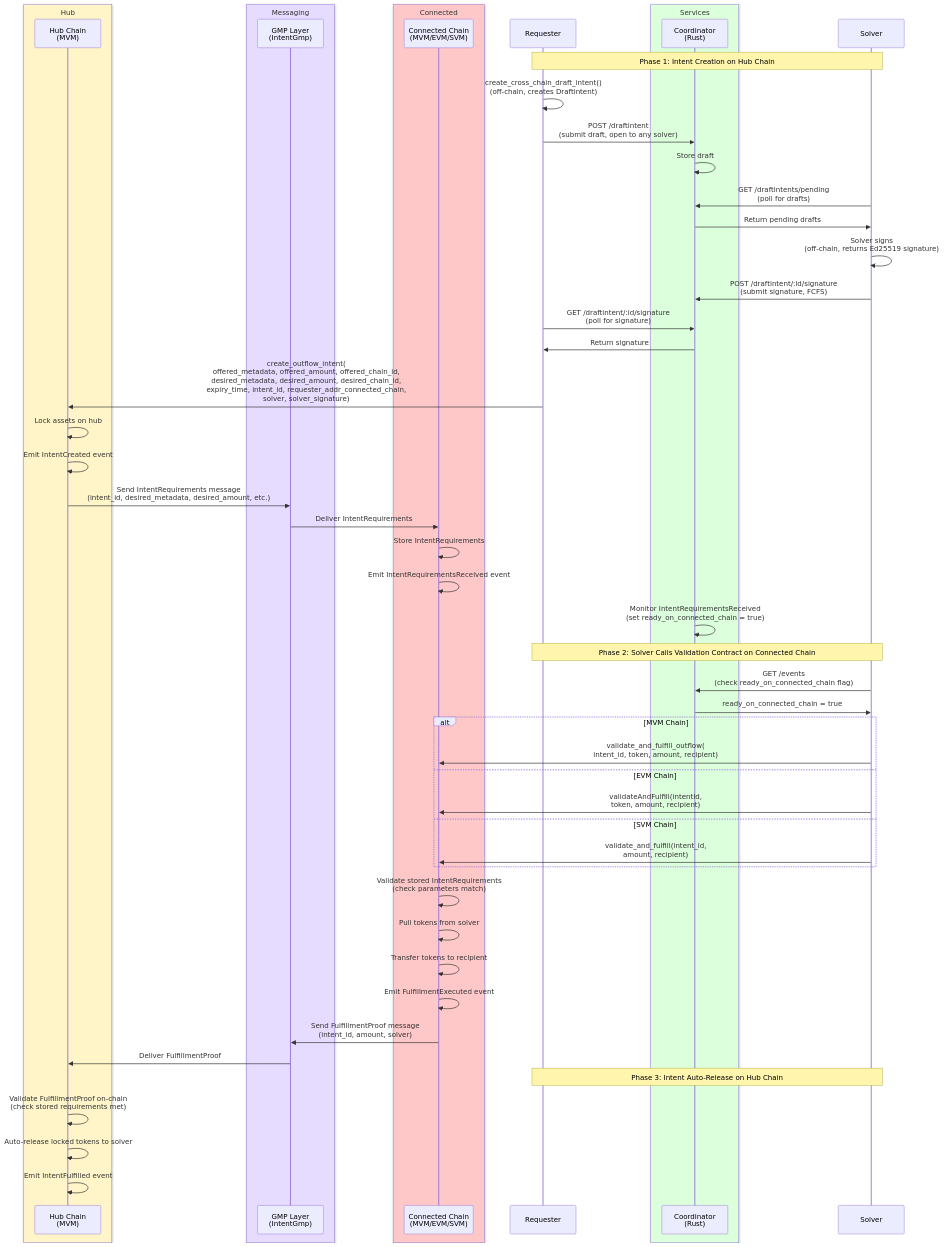
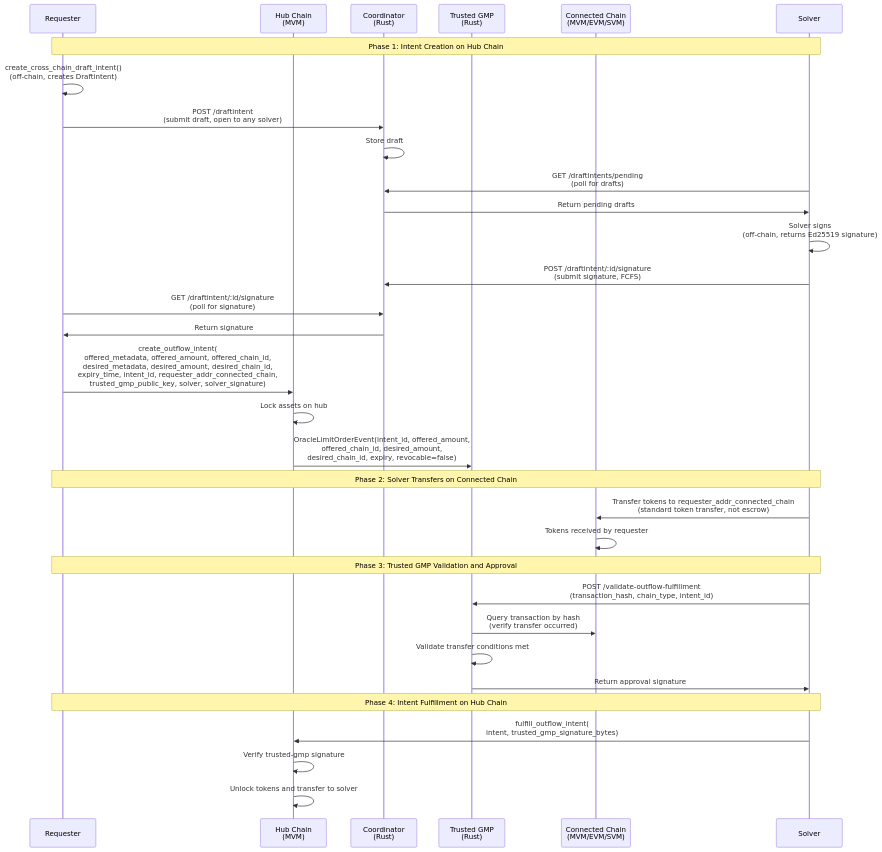
The second of 4 diagrams in docs/protocol.md (MoveIndustries/int3nts), drawn with Mermaid before and after one commit. The commit also changed other lines of this file and 493 other files, not shown here.

First line of the commit message:
Revert "Integrated GMP (Generic Message Passing) instead of verifier architec…"

````diff
--- a/docs/protocol.md
+++ b/docs/protocol.md
@@ -175,58 +111,38 @@
 ```mermaid
 sequenceDiagram
-    box rgb(255, 245, 200) Hub
+    participant Requester
     participant Hub as Hub Chain<br/>(MVM)
-    end
-    box rgb(230, 220, 255) Messaging
-    participant GMP as GMP Layer<br/>(IntentGmp)
-    end
-    box rgb(255, 200, 200) Connected
+    participant Coordinator as Coordinator<br/>(Rust)
+    participant TrustedGMP as Trusted GMP<br/>(Rust)
     participant Connected as Connected Chain<br/>(MVM/EVM/SVM)
-    end
-    participant Requester
-    box rgb(220, 255, 220) Services
-    participant Coordinator as Coordinator<br/>(Rust)
-    end
     participant Solver
 
     Note over Requester,Solver: Phase 1: Intent Creation on Hub Chain
     Requester->>Requester: create_cross_chain_draft_intent()<br/>(off-chain, creates Draftintent)
     Requester->>Coordinator: POST /draftintent<br/>(submit draft, open to any solver)
     Coordinator->>Coordinator: Store draft
     Solver->>Coordinator: GET /draftintents/pending<br/>(poll for drafts)
     Coordinator->>Solver: Return pending drafts
     Solver->>Solver: Solver signs<br/>(off-chain, returns Ed25519 signature)
     Solver->>Coordinator: POST /draftintent/:id/signature<br/>(submit signature, FCFS)
     Requester->>Coordinator: GET /draftintent/:id/signature<br/>(poll for signature)
     Coordinator->>Requester: Return signature
-    Requester->>Hub: create_outflow_intent(<br/>offered_metadata, offered_amount, offered_chain_id,<br/>desired_metadata, desired_amount, desired_chain_id,<br/>expiry_time, intent_id, requester_addr_connected_chain,<br/>solver, solver_signature)
+    Requester->>Hub: create_outflow_intent(<br/>offered_metadata, offered_amount, offered_chain_id,<br/>desired_metadata, desired_amount, desired_chain_id,<br/>expiry_time, intent_id, requester_addr_connected_chain,<br/>trusted_gmp_public_key, solver, solver_signature)
     Hub->>Hub: Lock assets on hub
-    Hub->>Hub: Emit IntentCreated event
-    Hub->>GMP: Send IntentRequirements message<br/>(intent_id, desired_metadata, desired_amount, etc.)
-    GMP->>Connected: Deliver IntentRequirements
-    Connected->>Connected: Store IntentRequirements
-    Connected->>Connected: Emit IntentRequirementsReceived event
-    Coordinator->>Coordinator: Monitor IntentRequirementsReceived<br/>(set ready_on_connected_chain = true)
+    Hub->>TrustedGMP: OracleLimitOrderEvent(intent_id, offered_amount,<br/>offered_chain_id, desired_amount,<br/>desired_chain_id, expiry, revocable=false)
 
-    Note over Requester,Solver: Phase 2: Solver Calls Validation Contract on Connected Chain
-    Solver->>Coordinator: GET /events<br/>(check ready_on_connected_chain flag)
-    Coordinator->>Solver: ready_on_connected_chain = true
-    alt MVM Chain
-        Solver->>Connected: validate_and_fulfill_outflow(<br/>intent_id, token, amount, recipient)
-    else EVM Chain
-        Solver->>Connected: validateAndFulfill(intentId,<br/>token, amount, recipient)
-    else SVM Chain
-        Solver->>Connected: validate_and_fulfill(intent_id,<br/>amount, recipient)
-    end
-    Connected->>Connected: Validate stored IntentRequirements<br/>(check parameters match)
-    Connected->>Connected: Pull tokens from solver
-    Connected->>Connected: Transfer tokens to recipient
-    Connected->>Connected: Emit FulfillmentExecuted event
-    Connected->>GMP: Send FulfillmentProof message<br/>(intent_id, amount, solver)
-    GMP->>Hub: Deliver FulfillmentProof
+    Note over Requester,Solver: Phase 2: Solver Transfers on Connected Chain
+    Solver->>Connected: Transfer tokens to requester_addr_connected_chain<br/>(standard token transfer, not escrow)
+    Connected->>Connected: Tokens received by requester
 
-    Note over Requester,Solver: Phase 3: Intent Auto-Release on Hub Chain
-    Hub->>Hub: Validate FulfillmentProof on-chain<br/>(check stored requirements met)
-    Hub->>Hub: Auto-release locked tokens to solver
-    Hub->>Hub: Emit IntentFulfilled event
+    Note over Requester,Solver: Phase 3: Trusted GMP Validation and Approval
+    Solver->>TrustedGMP: POST /validate-outflow-fulfillment<br/>(transaction_hash, chain_type, intent_id)
+    TrustedGMP->>Connected: Query transaction by hash<br/>(verify transfer occurred)
+    TrustedGMP->>TrustedGMP: Validate transfer conditions met
+    TrustedGMP->>Solver: Return approval signature
+
+    Note over Requester,Solver: Phase 4: Intent Fulfillment on Hub Chain
+    Solver->>Hub: fulfill_outflow_intent(<br/>intent, trusted_gmp_signature_bytes)
+    Hub->>Hub: Verify trusted-gmp signature
+    Hub->>Hub: Unlock tokens and transfer to solver
 ```
````
